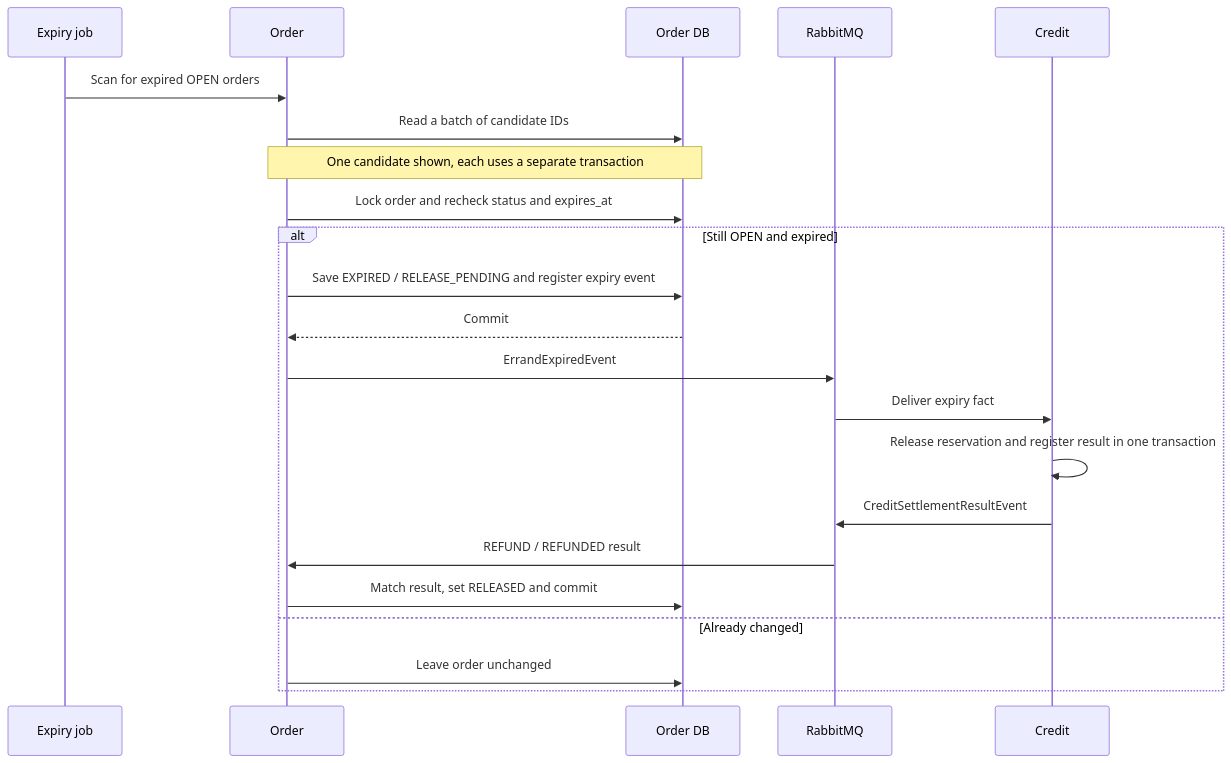
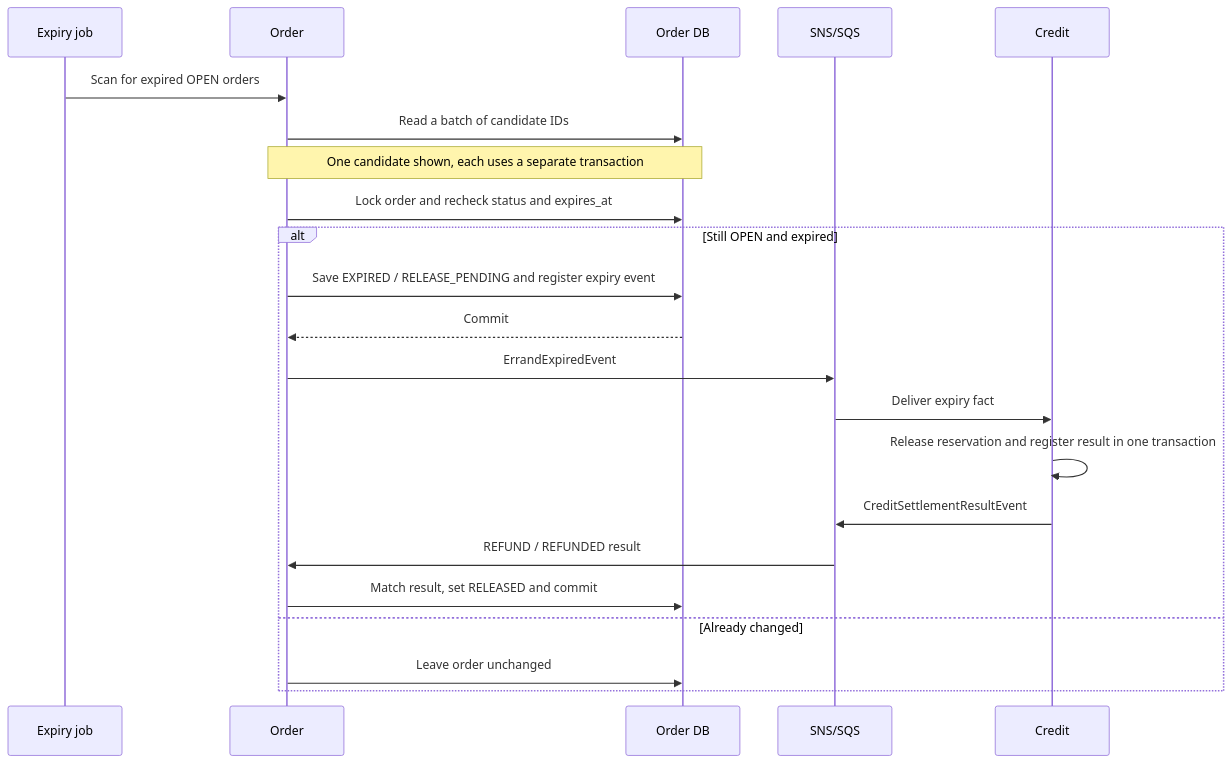
The eighth of 16 diagrams in order-service/README.md (AY2627S1-CS3219-P24/FoC), drawn with Mermaid before and after one commit. The commit also changed other lines of this file and 28 other files, not shown here.

Commit message:
FOC-54: finish order and credit event publication through SNS and SQS

````diff
--- a/order-service/README.md
+++ b/order-service/README.md
@@ -247,24 +247,24 @@
 ```mermaid
 sequenceDiagram
     participant Job as Expiry job
     participant Order
     participant DB as Order DB
-    participant MQ as RabbitMQ
+    participant MQ as SNS/SQS
     participant Credit
     Job->>Order: Scan for expired OPEN orders
     Order->>DB: Read a batch of candidate IDs
     Note over Order,DB: One candidate shown, each uses a separate transaction
     Order->>DB: Lock order and recheck status and expires_at
     alt Still OPEN and expired
         Order->>DB: Save EXPIRED / RELEASE_PENDING and register expiry event
         DB-->>Order: Commit
         Order->>MQ: ErrandExpiredEvent
         MQ->>Credit: Deliver expiry fact
         Credit->>Credit: Release reservation and register result in one transaction
         Credit->>MQ: CreditSettlementResultEvent
         MQ->>Order: REFUND / REFUNDED result
         Order->>DB: Match result, set RELEASED and commit
     else Already changed
         Order->>DB: Leave order unchanged
     end
 ```
````
